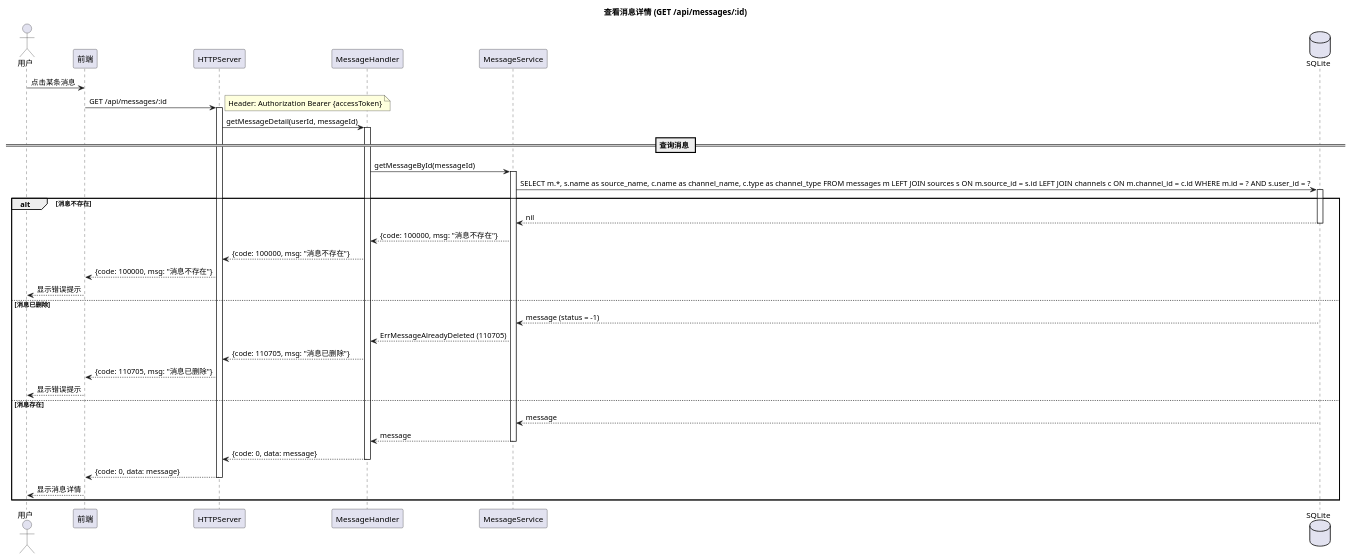
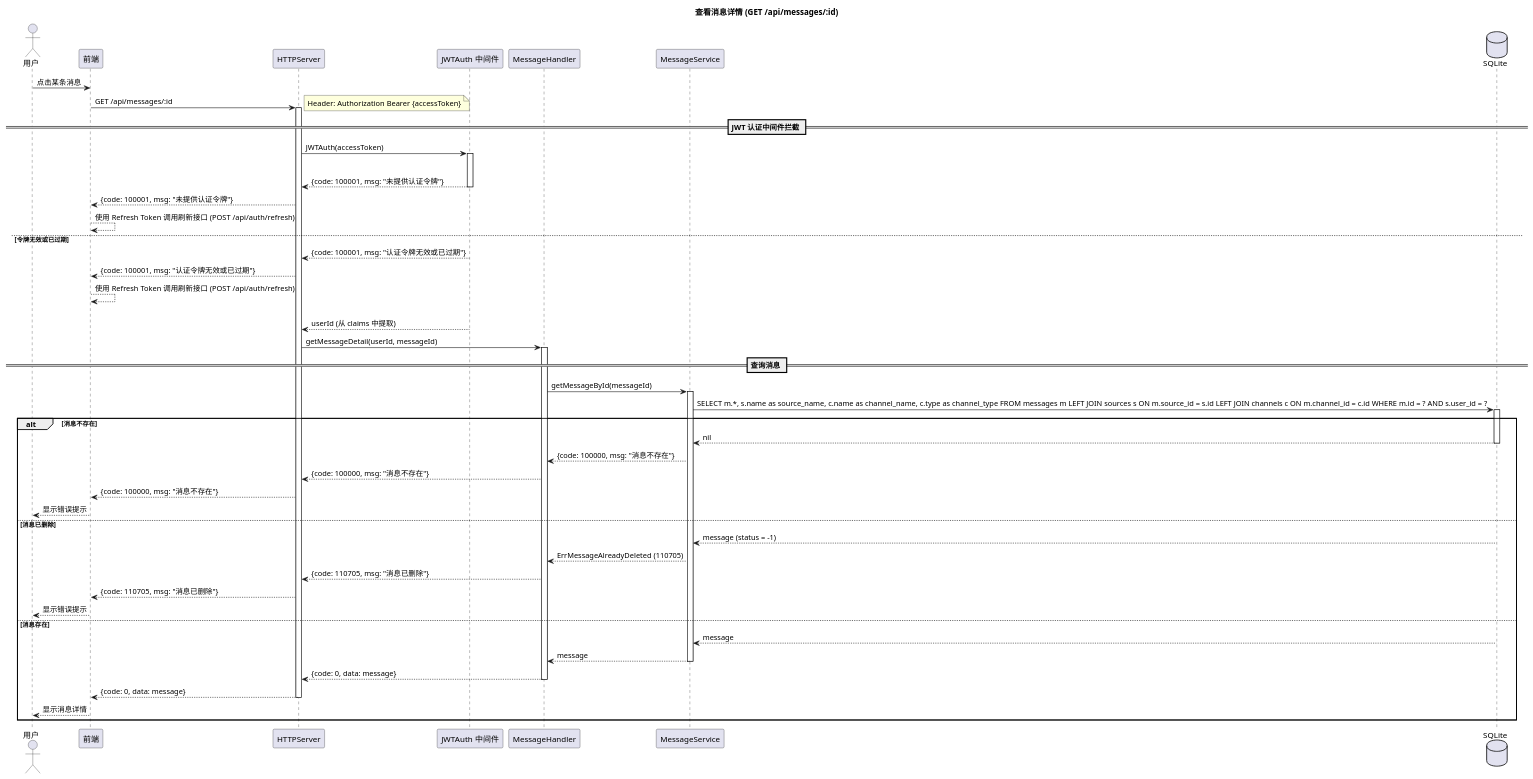
Before and after one commit to loommii/OctoTify: the diagram in docs/uml/02-sequence/04-03-view-message-detail.puml, drawn with PlantUML. The commit also changed 20 other files, not shown here.

First line of the commit message:
📝 docs(uml): 为消息模块时序图添加 JWT 认证流程

```diff
--- a/docs/uml/02-sequence/04-03-view-message-detail.puml
+++ b/docs/uml/02-sequence/04-03-view-message-detail.puml
@@ -1,55 +1,75 @@
 @startuml OctoTify_Sequence_ViewMessageDetail
 
 skinparam sequenceStyle svg
 skinparam linetype ortho
 
 title 查看消息详情 (GET /api/messages/:id)
 
 actor "用户" as User
 participant "前端" as Frontend
 participant "HTTPServer" as Server
+participant "JWTAuth 中间件" as JWT
 participant "MessageHandler" as Handler
 participant "MessageService" as Service
 database "SQLite" as DB
 
 User -> Frontend: 点击某条消息
 Frontend -> Server: GET /api/messages/:id
 note right: Header: Authorization Bearer {accessToken}
 activate Server
-Server -> Handler: getMessageDetail(userId, messageId)
-activate Handler
+
+== JWT 认证中间件拦截 ==
+
+Server -> JWT: JWTAuth(accessToken)
+activate JWT
+
+alt 未提供认证令牌
+    JWT --> Server: {code: 100001, msg: "未提供认证令牌"}
+    deactivate JWT
+    Server --> Frontend: {code: 100001, msg: "未提供认证令牌"}
+    Frontend --> Frontend: 使用 Refresh Token 调用刷新接口 (POST /api/auth/refresh)
+else 令牌无效或已过期
+    JWT --> Server: {code: 100001, msg: "认证令牌无效或已过期"}
+    deactivate JWT
+    Server --> Frontend: {code: 100001, msg: "认证令牌无效或已过期"}
+    Frontend --> Frontend: 使用 Refresh Token 调用刷新接口 (POST /api/auth/refresh)
+else 令牌有效
+    JWT --> Server: userId (从 claims 中提取)
+    deactivate JWT
+    Server -> Handler: getMessageDetail(userId, messageId)
+    activate Handler
 
 == 查询消息 ==
 
 Handler -> Service: getMessageById(messageId)
 activate Service
 Service -> DB: SELECT m.*, s.name as source_name, c.name as channel_name, c.type as channel_type FROM messages m LEFT JOIN sources s ON m.source_id = s.id LEFT JOIN channels c ON m.channel_id = c.id WHERE m.id = ? AND s.user_id = ?
 activate DB
 
 alt 消息不存在
     DB --> Service: nil
     deactivate DB
     Service --> Handler: {code: 100000, msg: "消息不存在"}
     Handler --> Server: {code: 100000, msg: "消息不存在"}
     Server --> Frontend: {code: 100000, msg: "消息不存在"}
     Frontend --> User: 显示错误提示
 else 消息已删除
     DB --> Service: message (status = -1)
     deactivate DB
     Service --> Handler: ErrMessageAlreadyDeleted (110705)
     Handler --> Server: {code: 110705, msg: "消息已删除"}
     Server --> Frontend: {code: 110705, msg: "消息已删除"}
     Frontend --> User: 显示错误提示
 else 消息存在
     DB --> Service: message
     deactivate DB
     Service --> Handler: message
     deactivate Service
     Handler --> Server: {code: 0, data: message}
     deactivate Handler
     Server --> Frontend: {code: 0, data: message}
     deactivate Server
     Frontend --> User: 显示消息详情
 end
 
 @enduml
```
